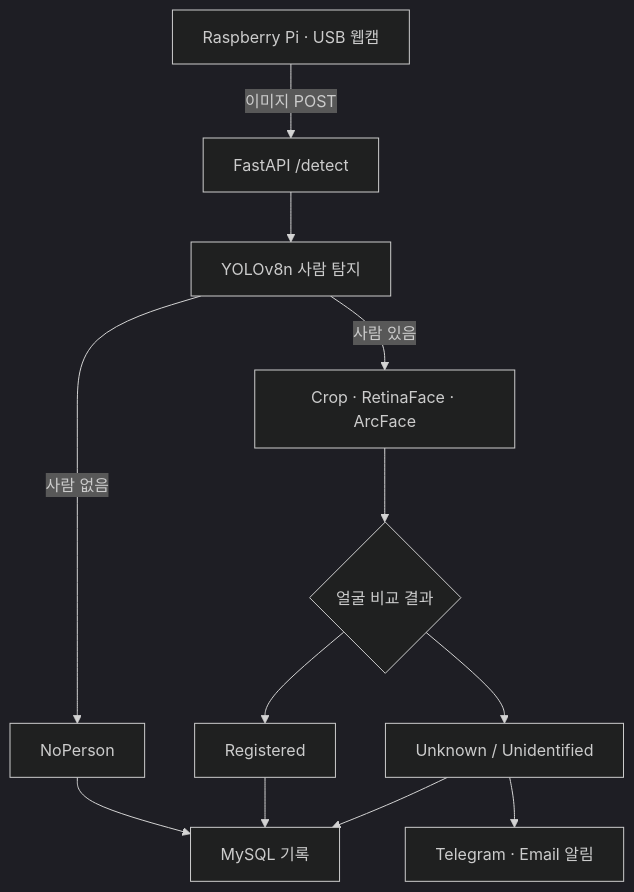
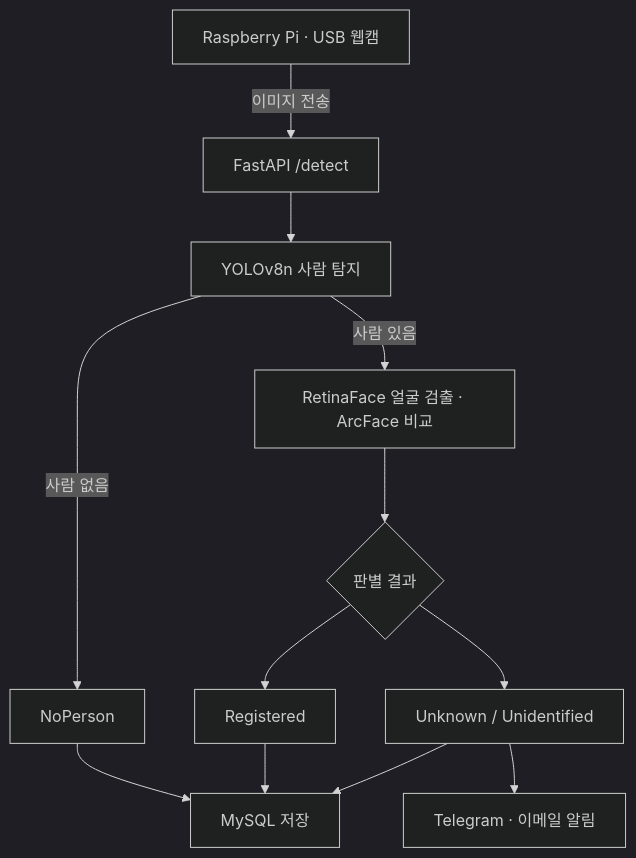
The diagram in README.md (seokjoon-oh/cctv), drawn with Mermaid (dark theme) before and after one commit. The commit also changed other lines of this file, not shown here.

````diff
--- a/README.md
+++ b/README.md
@@ -31,14 +15,14 @@
 ```mermaid
 flowchart TD
-    A["Raspberry Pi · USB 웹캠"] -->|이미지 POST| B["FastAPI /detect"]
+    A["Raspberry Pi · USB 웹캠"] -->|이미지 전송| B["FastAPI /detect"]
     B --> C["YOLOv8n 사람 탐지"]
     C -->|사람 없음| D["NoPerson"]
-    C -->|사람 있음| E["Crop · RetinaFace · ArcFace"]
-    E --> F{"얼굴 비교 결과"}
+    C -->|사람 있음| E["RetinaFace 얼굴 검출 · ArcFace 비교"]
+    E --> F{"판별 결과"}
     F --> G["Registered"]
     F --> H["Unknown / Unidentified"]
-    D --> I["MySQL 기록"]
+    D --> I["MySQL 저장"]
     G --> I
     H --> I
-    H --> J["Telegram · Email 알림"]
+    H --> J["Telegram · 이메일 알림"]
 ```
````
